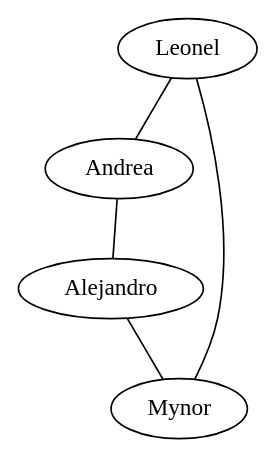
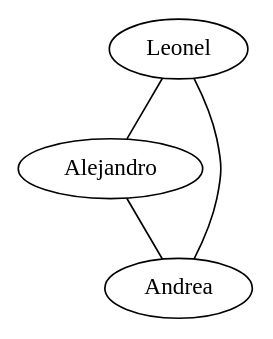
One commit to leonelzh21/Practica1s12017_201212802 changed the diagram in src/Documentos/listausuarios.dot. Above: the diagram before and after it, drawn with Graphviz. The commit also changed 20 other files, not shown here.

```diff
--- a/src/Documentos/listausuarios.dot
+++ b/src/Documentos/listausuarios.dot
@@ -1,10 +1,8 @@
 graph G{
 Leonel
+Alejandro
 Andrea
-Alejandro
-Mynor
-"Leonel"--"Andrea"
-"Andrea"--"Alejandro"
-"Alejandro"--"Mynor"
-"Mynor"--"Leonel"
+"Leonel"--"Alejandro"
+"Alejandro"--"Andrea"
+"Andrea"--"Leonel"
 }
```
